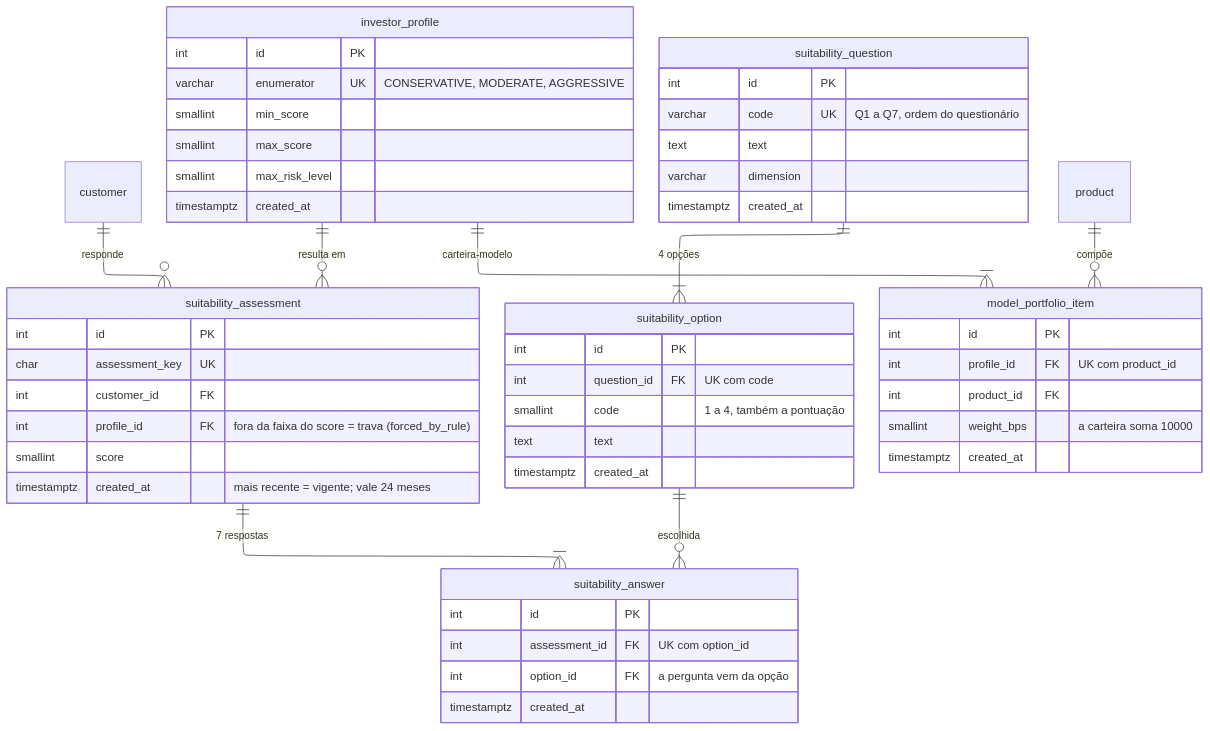
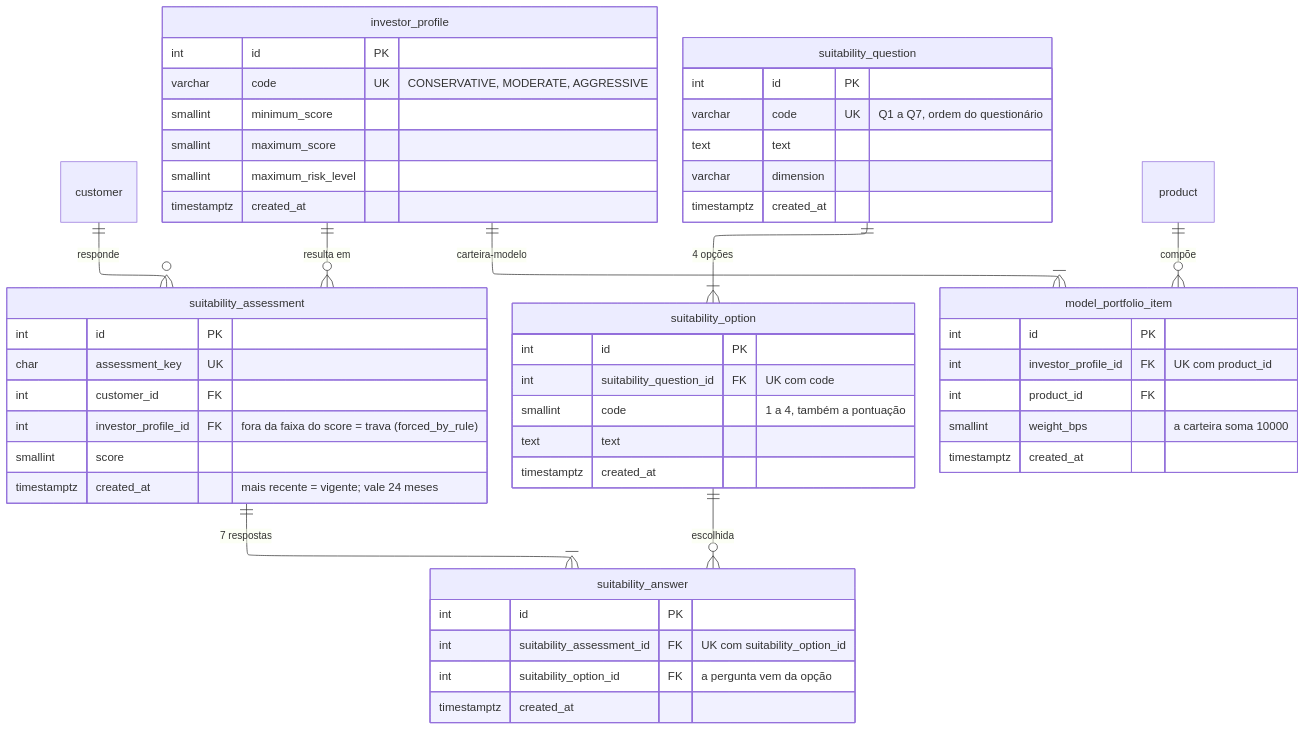
Before and after one commit to heluylucas/bootcamp-qi-tech-presidas-: the diagram in docs/diagramas/er-perfil-e-carteira.mmd, drawn with Mermaid. The commit also changed 12 other files, not shown here.

Commit message:
:hammer: update: rfc-&-diagrams-architecture-review

```diff
--- a/docs/diagramas/er-perfil-e-carteira.mmd
+++ b/docs/diagramas/er-perfil-e-carteira.mmd
@@ -1,59 +1,59 @@
 ---
 config:
   layout: elk
   elk:
     mergeEdges: false
     nodePlacementStrategy: NETWORK_SIMPLEX
 ---
 erDiagram
     customer ||--o{ suitability_assessment : "responde"
     investor_profile ||--o{ suitability_assessment : "resulta em"
     suitability_assessment ||--|{ suitability_answer : "7 respostas"
     suitability_question ||--|{ suitability_option : "4 opções"
     suitability_option ||--o{ suitability_answer : "escolhida"
     investor_profile ||--|{ model_portfolio_item : "carteira-modelo"
     product ||--o{ model_portfolio_item : "compõe"
 
     suitability_question {
         int id PK
         varchar code UK "Q1 a Q7, ordem do questionário"
         text text
         varchar dimension
         timestamptz created_at
     }
     suitability_option {
         int id PK
-        int question_id FK "UK com code"
+        int suitability_question_id FK "UK com code"
         smallint code "1 a 4, também a pontuação"
         text text
         timestamptz created_at
     }
     investor_profile {
         int id PK
-        varchar enumerator UK "CONSERVATIVE, MODERATE, AGGRESSIVE"
-        smallint min_score
-        smallint max_score
-        smallint max_risk_level
+        varchar code UK "CONSERVATIVE, MODERATE, AGGRESSIVE"
+        smallint minimum_score
+        smallint maximum_score
+        smallint maximum_risk_level
         timestamptz created_at
     }
     suitability_assessment {
         int id PK
         char assessment_key UK
         int customer_id FK
-        int profile_id FK "fora da faixa do score = trava (forced_by_rule)"
+        int investor_profile_id FK "fora da faixa do score = trava (forced_by_rule)"
         smallint score
         timestamptz created_at "mais recente = vigente; vale 24 meses"
     }
     suitability_answer {
         int id PK
-        int assessment_id FK "UK com option_id"
-        int option_id FK "a pergunta vem da opção"
+        int suitability_assessment_id FK "UK com suitability_option_id"
+        int suitability_option_id FK "a pergunta vem da opção"
         timestamptz created_at
     }
     model_portfolio_item {
         int id PK
-        int profile_id FK "UK com product_id"
+        int investor_profile_id FK "UK com product_id"
         int product_id FK
         smallint weight_bps "a carteira soma 10000"
         timestamptz created_at
     }
```
